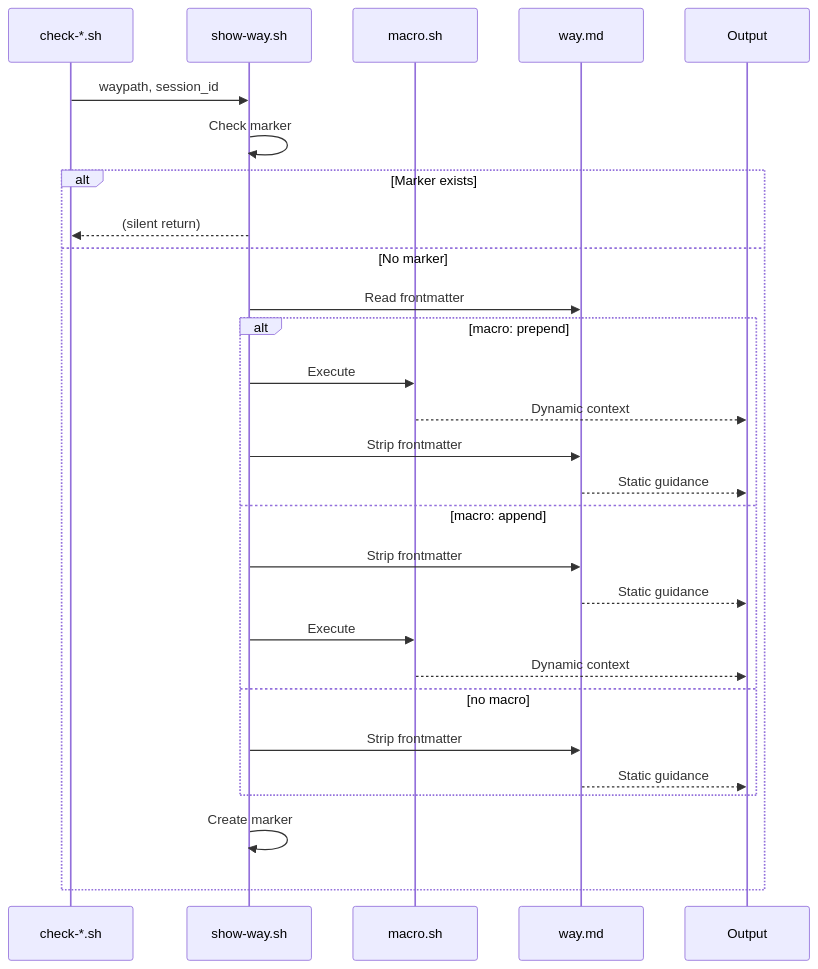
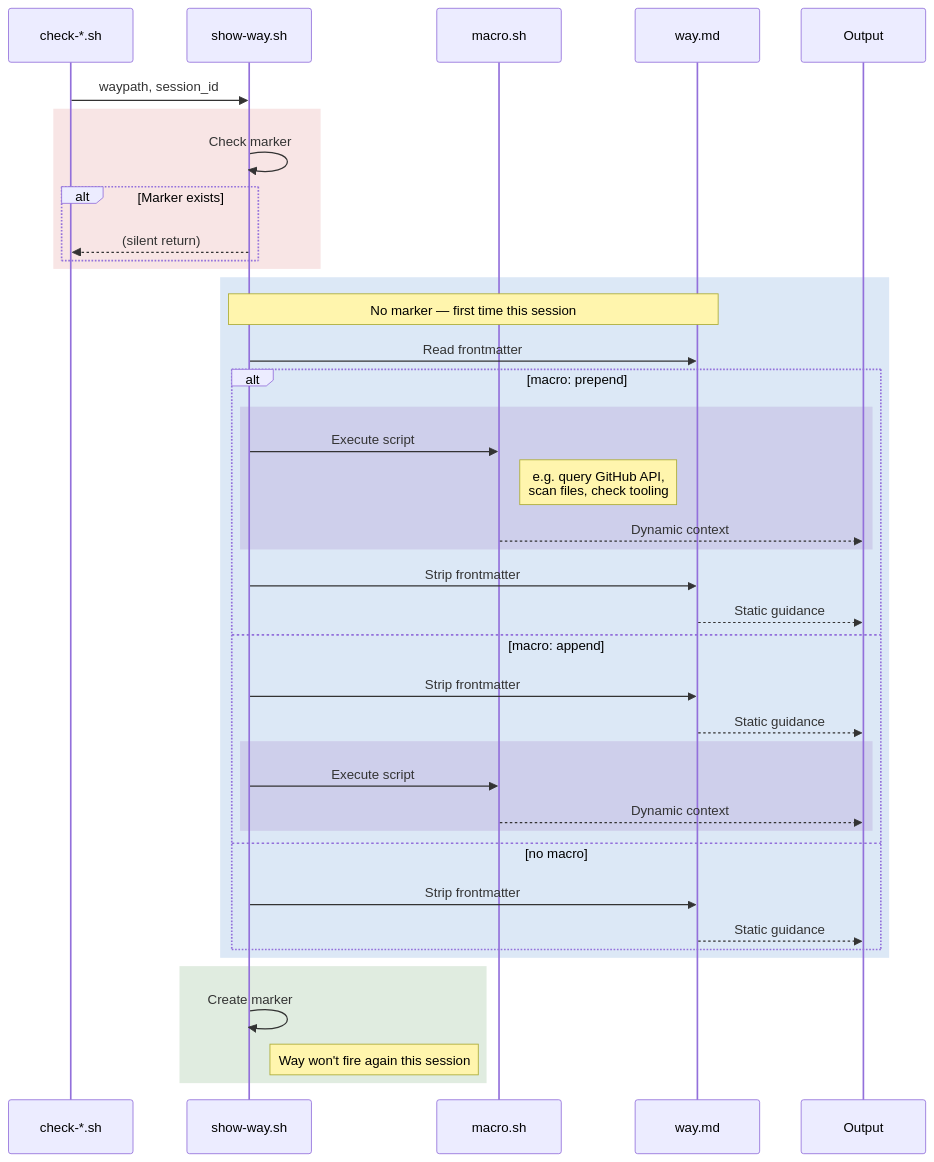
One commit to ZZirbel/claude-code-config changed the ninth of 12 diagrams in docs/architecture.md. Above: the diagram before and after it, drawn with Mermaid. The commit also changed other lines of this file, not shown here.

Commit message:
docs: add color to macro diagram, show macro in session flow
Macro injection sequence diagram now uses colored regions to
distinguish marker check, first-fire path, and macro execution.
Session flow shows the GitHub way macro querying contributor
count to illustrate how macros tailor guidance to project context.

````diff
--- a/docs/architecture.md
+++ b/docs/architecture.md
@@ -312,34 +314,47 @@
 ```mermaid
 sequenceDiagram
     participant Hook as check-*.sh
     participant Show as show-way.sh
     participant Macro as macro.sh
     participant Way as way.md
     participant Out as Output
 
     Hook->>Show: waypath, session_id
-    Show->>Show: Check marker
 
-    alt Marker exists
-        Show-->>Hook: (silent return)
-    else No marker
+    rect rgba(198, 40, 40, 0.12)
+        Show->>Show: Check marker
+        alt Marker exists
+            Show-->>Hook: (silent return)
+        end
+    end
+
+    rect rgba(21, 101, 192, 0.15)
+        Note over Show,Way: No marker — first time this session
         Show->>Way: Read frontmatter
 
         alt macro: prepend
-            Show->>Macro: Execute
-            Macro-->>Out: Dynamic context
+            rect rgba(106, 27, 154, 0.12)
+                Show->>Macro: Execute script
+                Note right of Macro: e.g. query GitHub API,<br/>scan files, check tooling
+                Macro-->>Out: Dynamic context
+            end
             Show->>Way: Strip frontmatter
             Way-->>Out: Static guidance
         else macro: append
             Show->>Way: Strip frontmatter
             Way-->>Out: Static guidance
-            Show->>Macro: Execute
-            Macro-->>Out: Dynamic context
+            rect rgba(106, 27, 154, 0.12)
+                Show->>Macro: Execute script
+                Macro-->>Out: Dynamic context
+            end
         else no macro
             Show->>Way: Strip frontmatter
             Way-->>Out: Static guidance
         end
+    end
 
+    rect rgba(46, 125, 50, 0.15)
         Show->>Show: Create marker
+        Note right of Show: Way won't fire again this session
     end
 ```
````
